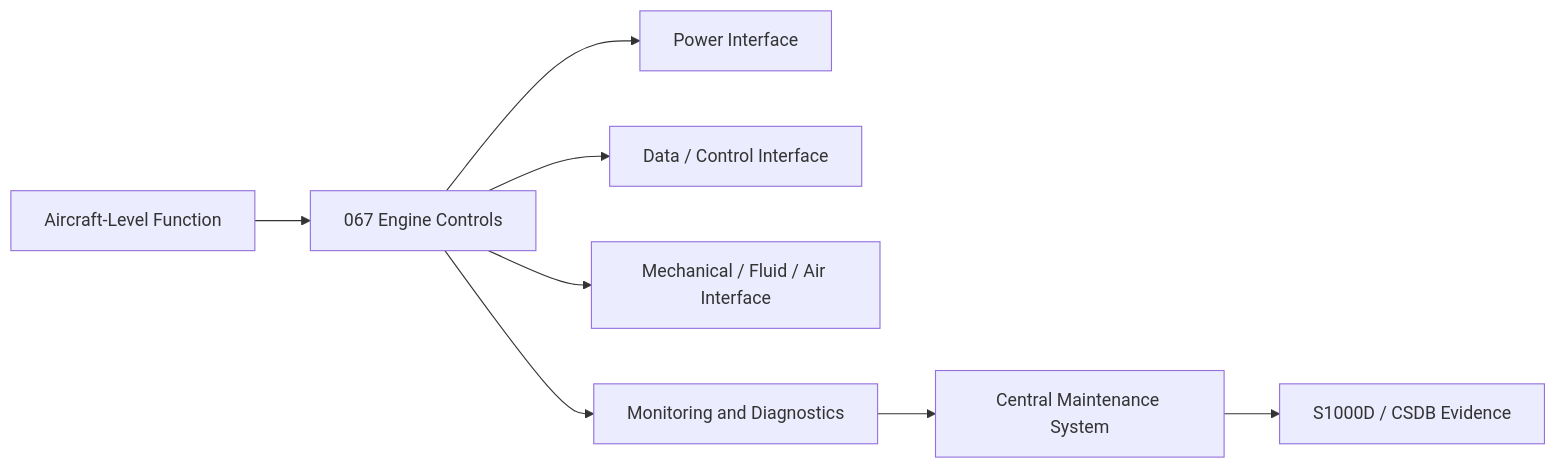
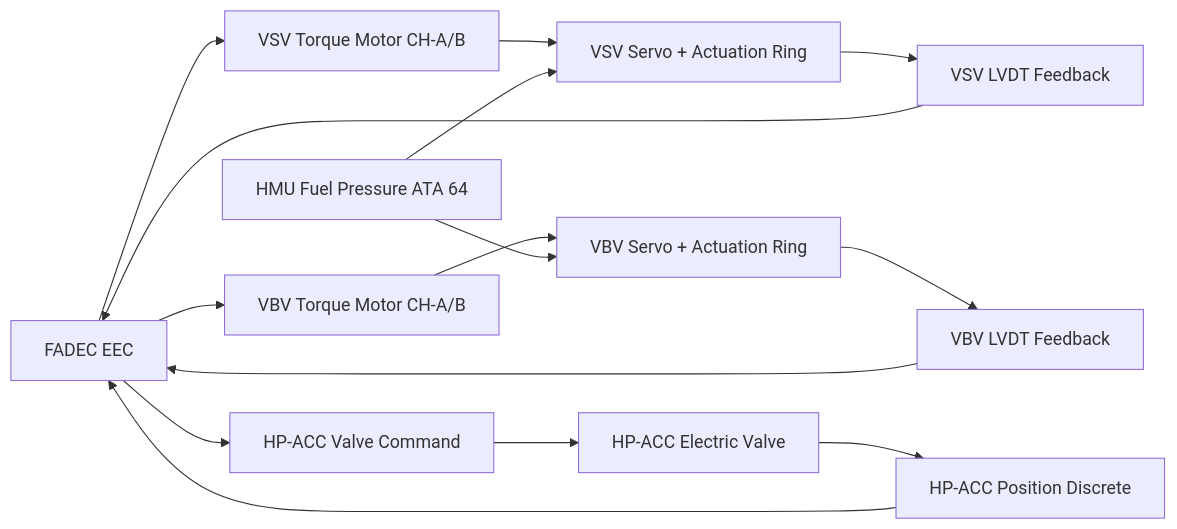
Before and after one commit to AmedeoPelliccia/Qplus-For-All-Queer-People-and-Quantum: the first of 2 diagrams in Q+ATLANTIDE/000-099_ATLAS/060-069_Propulsion-Tradicional/067_Engine-Controls/067-030-Engine-Actuators-and-Servo-Control.md, drawn with Mermaid. The commit also changed other lines of this file and 9 other files, not shown here.

First line of the commit message:
docs: rewrite 067_Engine-Controls — 10 files contextualized for AMPEL360E eWTW

````diff
--- a/Q+ATLANTIDE/000-099_ATLAS/060-069_Propulsion-Tradicional/067_Engine-Controls/067-030-Engine-Actuators-and-Servo-Control.md
+++ b/Q+ATLANTIDE/000-099_ATLAS/060-069_Propulsion-Tradicional/067_Engine-Controls/067-030-Engine-Actuators-and-Servo-Control.md
@@ -153,10 +82,15 @@
 ```mermaid
 flowchart LR
-    A[Aircraft-Level Function] --> B[067 Engine Controls]
-    B --> C[Power Interface]
-    B --> D[Data / Control Interface]
-    B --> E[Mechanical / Fluid / Air Interface]
-    B --> F[Monitoring and Diagnostics]
-    F --> G[Central Maintenance System]
-    G --> H[S1000D / CSDB Evidence]
+    FADEC[FADEC EEC] --> VSV_TM[VSV Torque Motor CH-A/B]
+    FADEC --> VBV_TM[VBV Torque Motor CH-A/B]
+    FADEC --> HPACC_CMD[HP-ACC Valve Command]
+    VSV_TM --> VSV_SERVO[VSV Servo + Actuation Ring]
+    VBV_TM --> VBV_SERVO[VBV Servo + Actuation Ring]
+    HPACC_CMD --> HPACC_VALVE[HP-ACC Electric Valve]
+    VSV_SERVO --> VSV_LVDT[VSV LVDT Feedback]
+    VBV_SERVO --> VBV_LVDT[VBV LVDT Feedback]
+    HPACC_VALVE --> HPACC_DISCO[HP-ACC Position Discrete]
+    VSV_LVDT & VBV_LVDT & HPACC_DISCO --> FADEC
+    HMU[HMU Fuel Pressure ATA 64] --> VSV_SERVO
+    HMU --> VBV_SERVO
 ```
````
